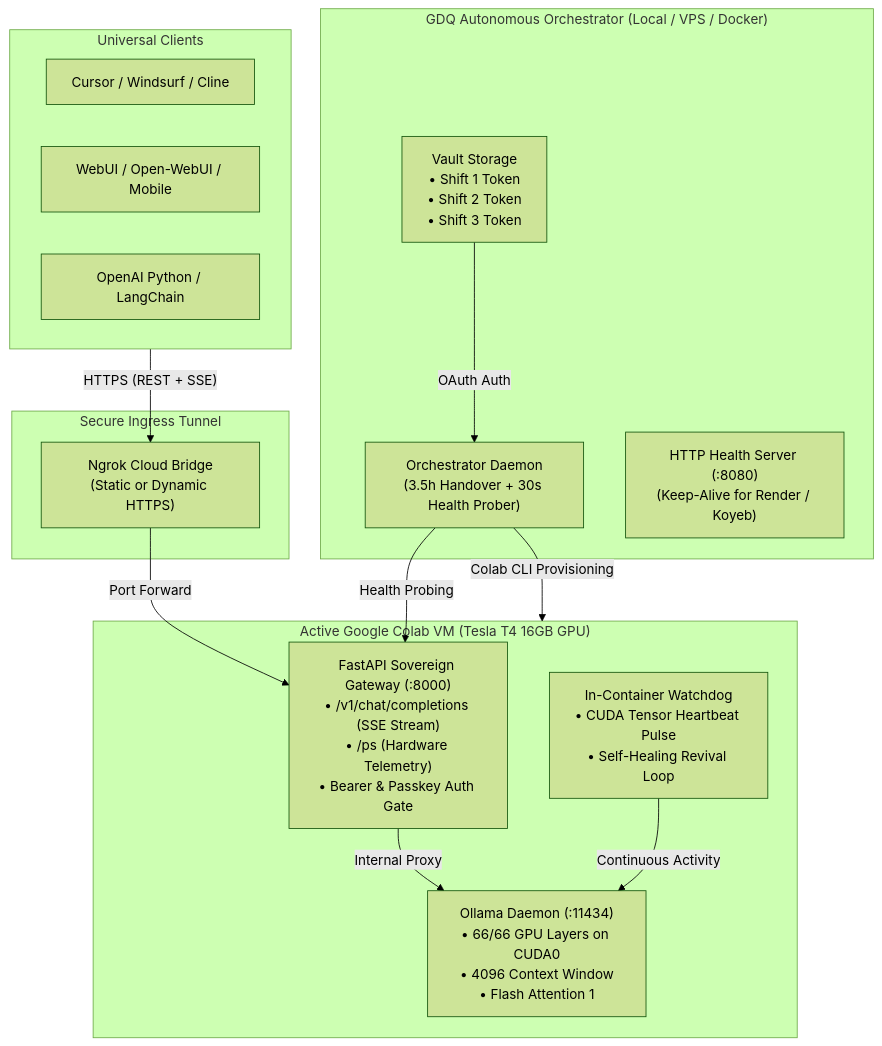
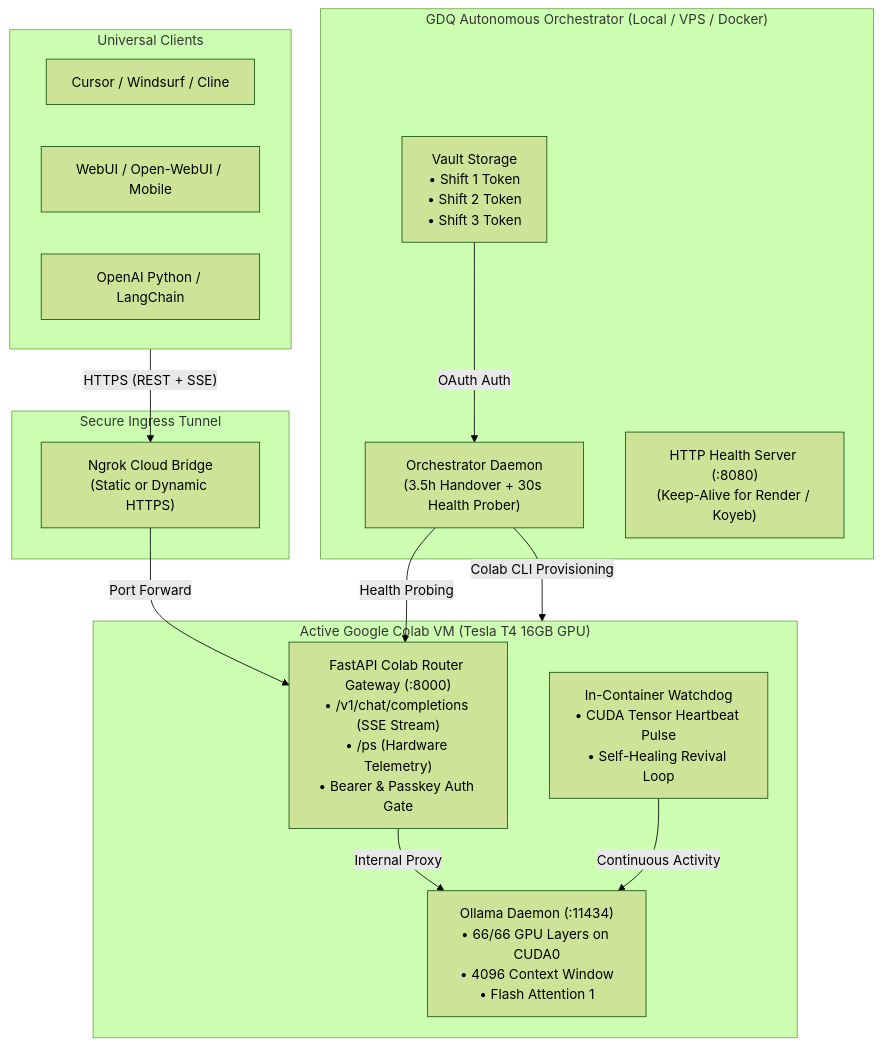
One commit to agenticversestudio/colab-router changed the diagram in README.md. Above: the diagram before and after it, drawn with Mermaid (forest theme). The commit also changed other lines of this file and 17 other files, not shown here.

Commit message:
refactor: Rename project from GDQ Colab Kit to Colab Router across all files

````diff
--- a/README.md
+++ b/README.md
@@ -35,32 +35,32 @@
 ```mermaid
 flowchart TD
     subgraph Clients["Universal Clients"]
         IDE["Cursor / Windsurf / Cline"]
         Web["WebUI / Open-WebUI / Mobile"]
         PySDK["OpenAI Python / LangChain"]
     end
 
     subgraph Ingress["Secure Ingress Tunnel"]
         Ngrok["Ngrok Cloud Bridge\n(Static or Dynamic HTTPS)"]
     end
 
     subgraph ColabVM["Active Google Colab VM (Tesla T4 16GB GPU)"]
-        Gateway["FastAPI Sovereign Gateway (:8000)\n• /v1/chat/completions (SSE Stream)\n• /ps (Hardware Telemetry)\n• Bearer & Passkey Auth Gate"]
+        Gateway["FastAPI Colab Router Gateway (:8000)\n• /v1/chat/completions (SSE Stream)\n• /ps (Hardware Telemetry)\n• Bearer & Passkey Auth Gate"]
         Ollama["Ollama Daemon (:11434)\n• 66/66 GPU Layers on CUDA0\n• 4096 Context Window\n• Flash Attention 1"]
         Watchdog["In-Container Watchdog\n• CUDA Tensor Heartbeat Pulse\n• Self-Healing Revival Loop"]
     end
 
     subgraph Controller["GDQ Autonomous Orchestrator (Local / VPS / Docker)"]
         Orchestrator["Orchestrator Daemon\n(3.5h Handover + 30s Health Prober)"]
         Vault["Vault Storage\n• Shift 1 Token\n• Shift 2 Token\n• Shift 3 Token"]
         HealthServer["HTTP Health Server (:8080)\n(Keep-Alive for Render / Koyeb)"]
     end
 
     Clients -->|"HTTPS (REST + SSE)"| Ngrok
     Ngrok -->|"Port Forward"| Gateway
     Gateway -->|"Internal Proxy"| Ollama
     Orchestrator -->|"Health Probing"| Gateway
     Orchestrator -->|"Colab CLI Provisioning"| ColabVM
     Vault -->|"OAuth Auth"| Orchestrator
     Watchdog -->|"Continuous Activity"| Ollama
 ```
````
